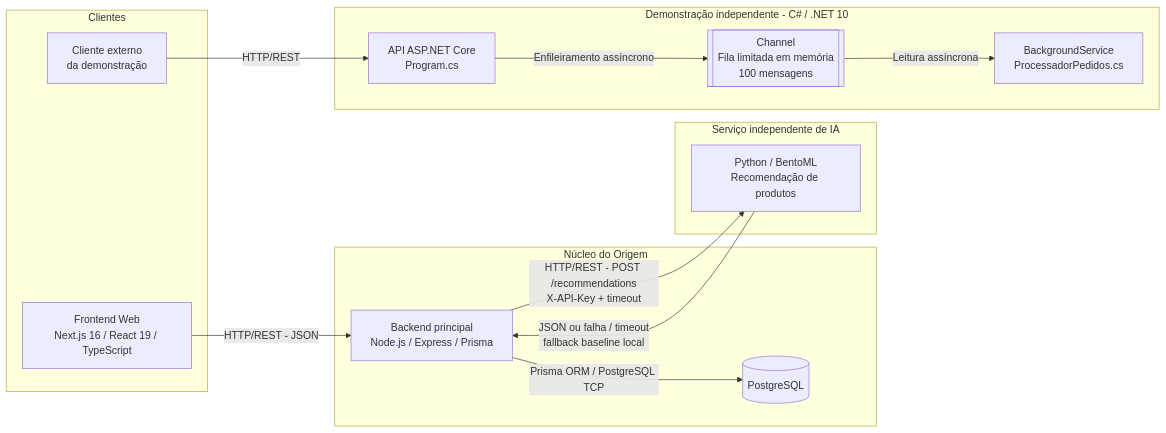
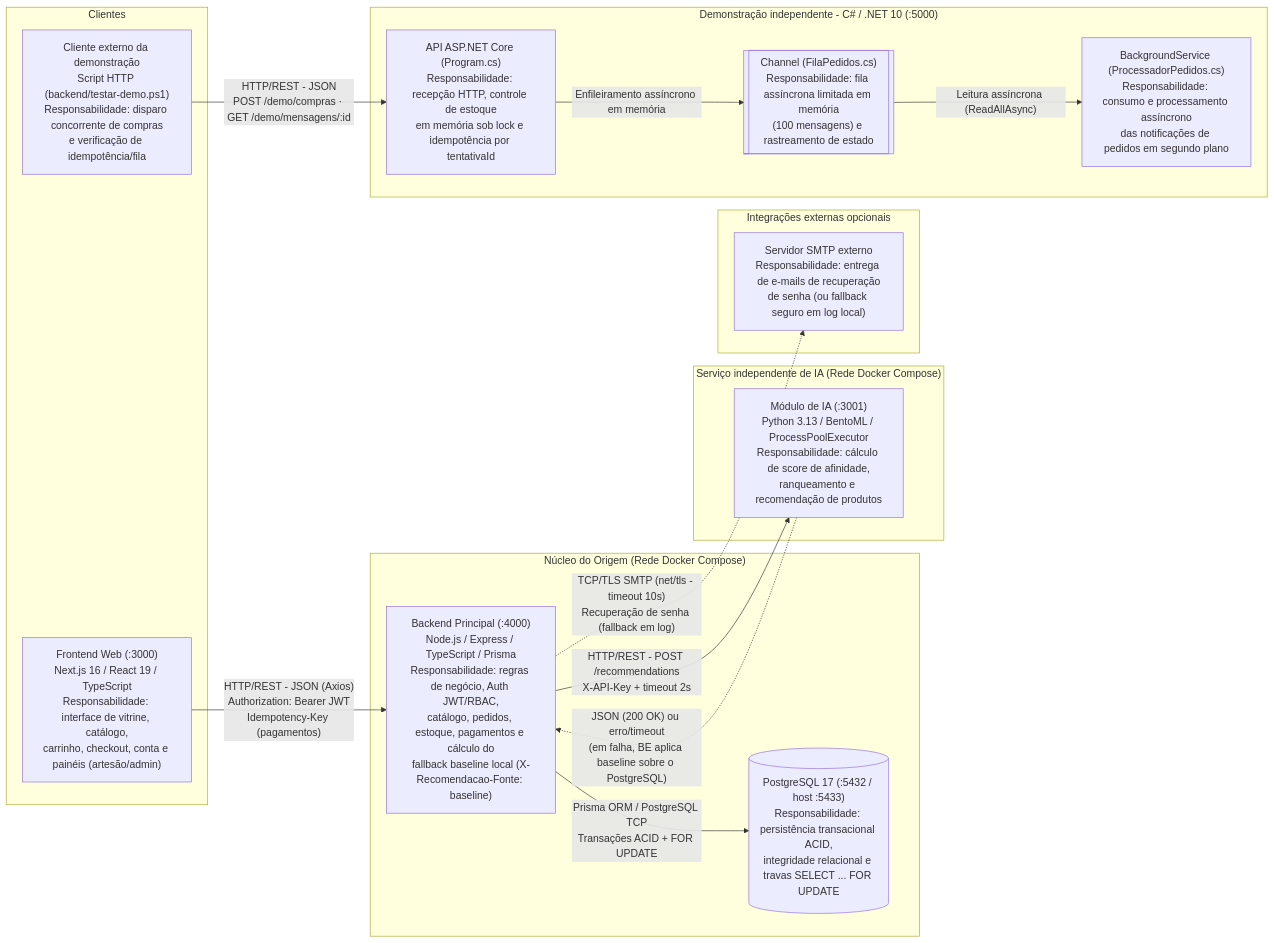
The diagram in README.md (Samara020/Projeto-Integrador-Origem), drawn with Mermaid before and after one commit. The commit also changed other lines of this file and 5 other files, not shown here.

````diff
--- a/README.md
+++ b/README.md
@@ -544,31 +546,36 @@
 ```mermaid
 flowchart LR
     subgraph Clientes["Clientes"]
-        FE["Frontend Web<br/>Next.js 16 / React 19 / TypeScript"]
-        CLI["Cliente externo<br/>da demonstração"]
+        FE["Frontend Web (:3000)<br/>Next.js 16 / React 19 / TypeScript<br/>Responsabilidade: interface de vitrine, catálogo,<br/>carrinho, checkout, conta e painéis (artesão/admin)"]
+        CLI["Cliente externo da demonstração<br/>Script HTTP (backend/testar-demo.ps1)<br/>Responsabilidade: disparo concorrente de compras<br/>e verificação de idempotência/fila"]
     end
 
-    subgraph Origem["Núcleo do Origem"]
-        BE["Backend principal<br/>Node.js / Express / Prisma"]
-        DB[("PostgreSQL")]
+    subgraph Origem["Núcleo do Origem (Rede Docker Compose)"]
+        BE["Backend Principal (:4000)<br/>Node.js / Express / TypeScript / Prisma<br/>Responsabilidade: regras de negócio, Auth JWT/RBAC,<br/>catálogo, pedidos, estoque, pagamentos e cálculo do<br/>fallback baseline local (X-Recomendacao-Fonte: baseline)"]
+        DB[("PostgreSQL 17 (:5432 / host :5433)<br/>Responsabilidade: persistência transacional ACID,<br/>integridade relacional e travas SELECT ... FOR UPDATE")]
     end
 
-    subgraph IA["Serviço independente de IA"]
-        AI["Python / BentoML<br/>Recomendação de produtos"]
+    subgraph IA["Serviço independente de IA (Rede Docker Compose)"]
+        AI["Módulo de IA (:3001)<br/>Python 3.13 / BentoML / ProcessPoolExecutor<br/>Responsabilidade: cálculo de score de afinidade,<br/>ranqueamento e recomendação de produtos"]
     end
 
-    subgraph Concorrencia["Demonstração independente - C# / .NET 10"]
-        API["API ASP.NET Core<br/>Program.cs"]
-        Fila[["Channel<br/>Fila limitada em memória<br/>100 mensagens"]]
-        Worker["BackgroundService<br/>ProcessadorPedidos.cs"]
+    subgraph Externos["Integrações externas opcionais"]
+        SMTP["Servidor SMTP externo<br/>Responsabilidade: entrega de e-mails de recuperação<br/>de senha (ou fallback seguro em log local)"]
     end
 
-    FE -->|"HTTP/REST - JSON"| BE
-    BE -->|"Prisma ORM / PostgreSQL TCP"| DB
-    BE -->|"HTTP/REST - POST /recommendations<br/>X-API-Key + timeout"| AI
-    AI -->|"JSON ou falha / timeout<br/>fallback baseline local"| BE
+    subgraph Concorrencia["Demonstração independente - C# / .NET 10 (:5000)"]
+        API["API ASP.NET Core (Program.cs)<br/>Responsabilidade: recepção HTTP, controle de estoque<br/>em memória sob lock e idempotência por tentativaId"]
+        Fila[["Channel (FilaPedidos.cs)<br/>Responsabilidade: fila assíncrona limitada em memória<br/>(100 mensagens) e rastreamento de estado"]]
+        Worker["BackgroundService (ProcessadorPedidos.cs)<br/>Responsabilidade: consumo e processamento assíncrono<br/>das notificações de pedidos em segundo plano"]
+    end
 
-    CLI -->|"HTTP/REST"| API
-    API -->|"Enfileiramento assíncrono"| Fila
-    Fila -->|"Leitura assíncrona"| Worker
+    FE -->|"HTTP/REST - JSON (Axios)<br/>Authorization: Bearer JWT<br/>Idempotency-Key (pagamentos)"| BE
+    BE -->|"Prisma ORM / PostgreSQL TCP<br/>Transações ACID + FOR UPDATE"| DB
+    BE -->|"HTTP/REST - POST /recommendations<br/>X-API-Key + timeout 2s"| AI
+    AI -.->|"JSON (200 OK) ou erro/timeout<br/>(em falha, BE aplica baseline sobre o PostgreSQL)"| BE
+    BE -.->|"TCP/TLS SMTP (net/tls - timeout 10s)<br/>Recuperação de senha (fallback em log)"| SMTP
+
+    CLI -->|"HTTP/REST - JSON<br/>POST /demo/compras · GET /demo/mensagens/:id"| API
+    API -->|"Enfileiramento assíncrono em memória"| Fila
+    Fila -->|"Leitura assíncrona (ReadAllAsync)"| Worker
 ```
````
